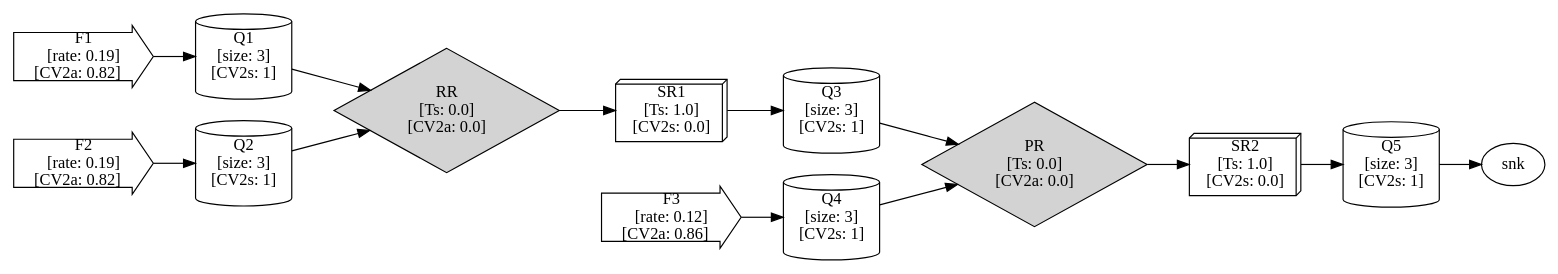
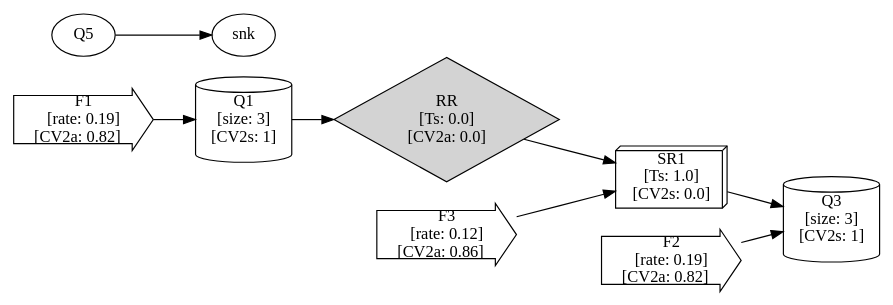
The diagram in dsl/test_graph.dot (ANUPARNAGANGULY2000/FlexNoC_AF), drawn with Graphviz before and after one commit. The commit also changed 99 other files, not shown here.

```diff
--- a/dsl/test_graph.dot
+++ b/dsl/test_graph.dot
@@ -1,44 +1,23 @@
 digraph G {
     rankdir="LR"
 
 //edges
-  F1 -> Q1;
-  F2 -> Q2
-  Q1 -> RR
-  Q2 -> RR;
+  injector1 -> Q1;
+  F2 -> Q3;
+  Q1 -> RR;
   RR -> SR1;
   SR1 -> Q3;
-  F3 -> Q4;
-  Q3 -> PR;
-  Q4 -> PR;
-  PR -> SR2;
-  SR2 -> Q5;
+  F3 -> SR1;
   Q5 -> snk;
   
-  
-// e.g. multiple flows for F3 [f3->q4->pr or f3->q4->pr2]
-//   Q4 -> PR2 
-//   F4 -> Q6;
-//   Q6 -> PR2;
-//   PR2 -> SR2;
-//   F4 [label="F4\n[rate: 0.15]\n[CV^2a: 0.73", shape="rarrow"]
-//   Q6 [shape="cylinder", label="Q6\n[size: 2]\n[CV^2s: 0.97]"]
-//   PR2 [label="PR2\n[Ts: 0.0]\n[CV^2a: 0.0]", shape="diamond", style="filled"];
-
 // node properties, note properties can appear in any order, and commas are optional
 // shape, label, style are added only for visualization; these should be generated dynamically when parsing the graph
-  F1 [rate=0.19, label="F1\n[rate: 0.19]\n[CV2a: 0.82]   ", type=source, cv=0.82, shape="rarrow"]
+  injector1 [rate=0.19, label="F1\n[rate: 0.19]\n[CV2a: 0.82]   ", type=source, cv=0.82, shape="rarrow"]
   F2 [label="F2\n[rate: 0.19]\n[CV2a: 0.82]   ", type=Source, shape="rarrow" rate=0.19]
   F3 [label="F3\n[rate: 0.12]\n[CV2a: 0.86]   ", type=SOURCE, shape="rarrow"; rate=0.12]
-  SR1[label="SR1\n[Ts: 1.0]\n[CV2s: 0.0]", type=server, cv=0.0, rate=1.0, shape="box3d"]
-  SR2[label="SR2\n[Ts: 1.0]\n[CV2s: 0.0]", type=SERVER, rate = 1.0, shape="box3d"]
+  SR1[label="SR1\n[Ts: 1.0]\n[CV2s: 0.0]", type=server, t_serv=1.0, coeff_var=0.0, shape="box3d"]
   Q1 [shape="cylinder", label="Q1\n[size: 3]\n[CV2s: 1]", type=queue, depth=3]
-  Q2 [depth=3, shape="cylinder", label="Q2\n[size: 3]\n[CV2s: 1]", type=QUEUE]
-  Q3 [shape="cylinder", label="Q3\n[size: 3]\n[CV2s: 1]", depth = 3 type=Queue]
-  Q4 [shape="cylinder", label="Q4\n[size: 3]\n[CV2s: 1]", type=QuEuE]
-  Q5 [shape="cylinder", label="Q5\n[size: 3]\n[CV2s: 1]", type=queue, rate=0.98]
-
-  RR [label="RR\n[Ts: 0.0]\n[CV2a: 0.0]", shape="diamond", style="filled", type=arbiter, cv=0.0];
-  PR [label="PR\n[Ts: 0.0]\n[CV2a: 0.0]", shape="diamond", style="filled", cv=0.0, type=arbiter];
+  Q3 [shape="cylinder", label="Q3\n[size: 3]\n[CV2s: 1]", depth = 3 type=Queue];
+  RR [label="RR\n[Ts: 0.0]\n[CV2a: 0.0]", shape="diamond", style="filled", type=arbiter, zero_load=5.0];
 
 }
```
